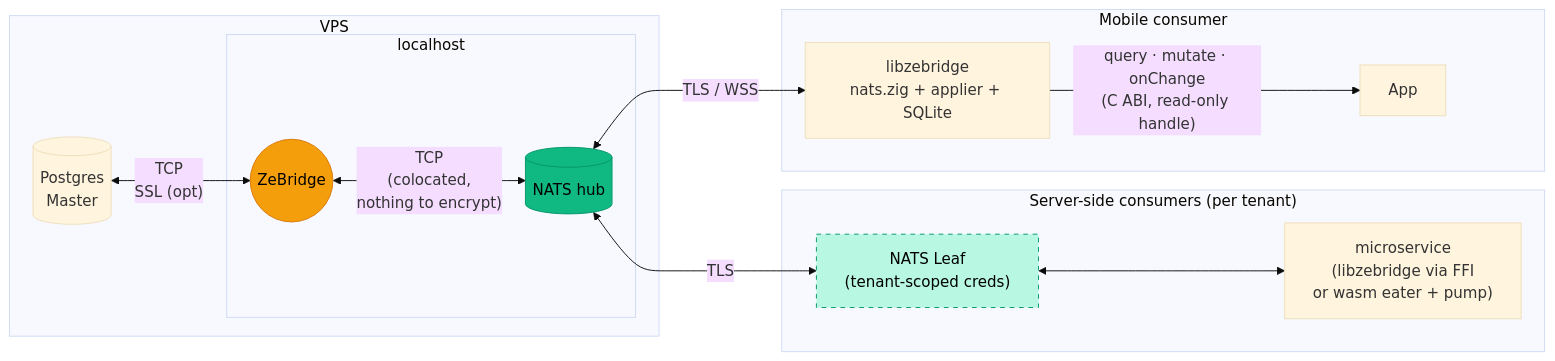
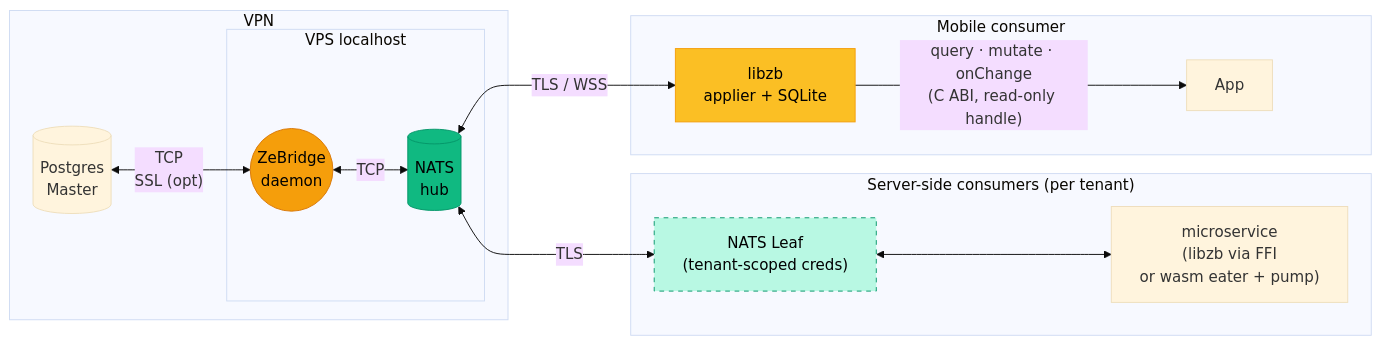
The first of 2 diagrams in README.md (ndrean/ZeBridge), drawn with Mermaid (base theme) before and after one commit. The commit also changed other lines of this file and 44 other files, not shown here.

````diff
--- a/README.md
+++ b/README.md
@@ -74,30 +82,31 @@
 ```mermaid
 flowchart LR
-     subgraph VPS["VPS"]
+     subgraph VPN["VPN"]
         PG[("Postgres<br>Master")]
-        subgraph Localhost ["localhost"]
-            Bridge(("ZeBridge"))
-            NATS[("NATS hub")]
+        subgraph Localhost ["VPS localhost"]
+            Bridge(("ZeBridge <br> daemon"))
+            NATS[("NATS <br>hub")]
         end
         PG <-- "TCP<br>SSL (opt)" --> Bridge
-        Bridge <--> |"TCP<br>(colocated,<br>nothing to encrypt)"| NATS
+        Bridge <--> |"TCP"| NATS
     end
 
     NATS <-- "TLS" --> NATS_L
     NATS <-- "TLS / WSS" --> Lib
 
 
      subgraph Edge["Server-side consumers (per tenant)"]
         NATS_L["NATS Leaf<br>(tenant-scoped creds)"]
-        NATS_L <--> Svc["microservice<br>(libzebridge via FFI<br>or wasm eater + pump)"]
+        NATS_L <--> Svc["microservice<br>(libzb via FFI<br>or wasm eater + pump)"]
     end
 
     subgraph Mobile["Mobile consumer"]
-        Lib["libzebridge<br>nats.zig + applier + SQLite"]
+        Lib["libzb<br>applier + SQLite"]
         Lib -- "query · mutate · onChange<br>(C ABI, read-only handle)" --> App["App"]
     end
 
     style Bridge fill:#f59e0b,stroke:#d97706,color:#000
+    style Lib fill:#fbbf24,stroke:#f59e0b,color:#000
     style NATS fill:#10b981,stroke:#059669,color:#000
     style NATS_L fill:#b8f8e3,stroke:#059669,stroke-dasharray:5 5,color:#000
 ```
````
